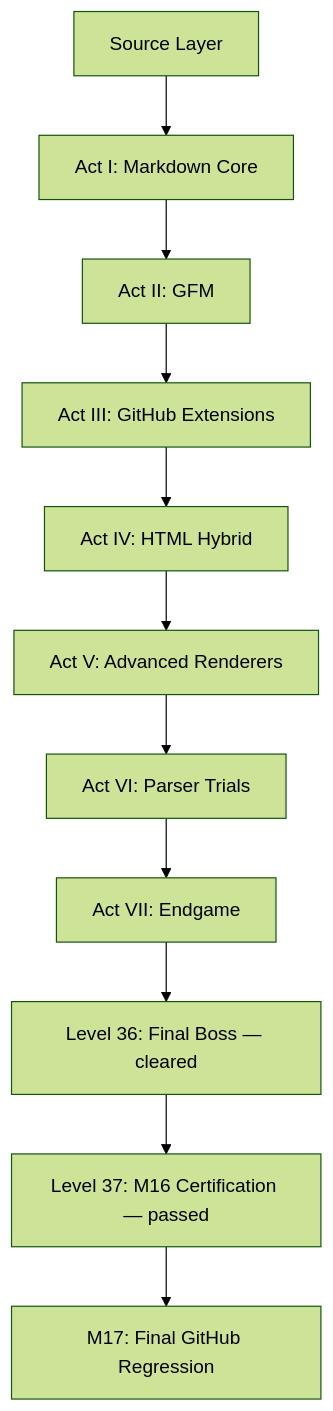
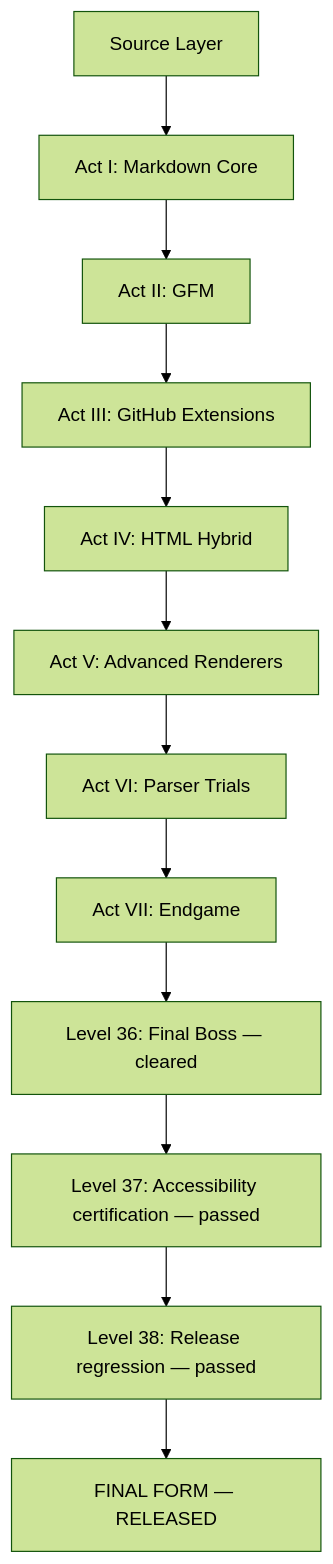
Before and after one commit to thiepn/markdown: the first of 16 diagrams in README.md, drawn with Mermaid (forest theme). The commit also changed other lines of this file, not shown here.

Commit message:
docs: finalize GitHub rendering regression and release

````diff
--- a/README.md
+++ b/README.md
@@ -113,13 +91,14 @@
 ```mermaid
 flowchart TB
     S[Source Layer] --> A1[Act I: Markdown Core]
     A1 --> A2[Act II: GFM]
     A2 --> A3[Act III: GitHub Extensions]
     A3 --> A4[Act IV: HTML Hybrid]
     A4 --> A5[Act V: Advanced Renderers]
     A5 --> A6[Act VI: Parser Trials]
     A6 --> A7[Act VII: Endgame]
     A7 --> B[Level 36: Final Boss — cleared]
-    B --> C[Level 37: M16 Certification — passed]
-    C --> R[M17: Final GitHub Regression]
+    B --> C[Level 37: Accessibility certification — passed]
+    C --> R[Level 38: Release regression — passed]
+    R --> REL[FINAL FORM — RELEASED]
 ```
````
